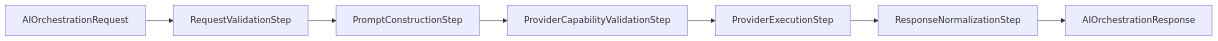
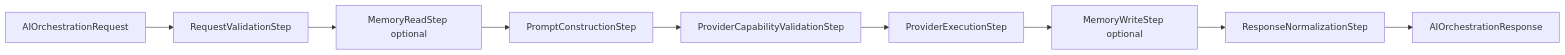
One commit to Iboula/TradeMind changed the diagram in docs/architecture/AI_ORCHESTRATION.md. Above: the diagram before and after it, drawn with Mermaid. The commit also changed other lines of this file and 34 other files, not shown here.

````diff
--- a/docs/architecture/AI_ORCHESTRATION.md
+++ b/docs/architecture/AI_ORCHESTRATION.md
@@ -39,9 +39,11 @@
 ```mermaid
 flowchart LR
     Request["AIOrchestrationRequest"] --> Validation["RequestValidationStep"]
-    Validation --> Prompt["PromptConstructionStep"]
+    Validation --> MemoryRead["MemoryReadStep optional"]
+    MemoryRead --> Prompt["PromptConstructionStep"]
     Prompt --> Capabilities["ProviderCapabilityValidationStep"]
     Capabilities --> Provider["ProviderExecutionStep"]
-    Provider --> Normalize["ResponseNormalizationStep"]
+    Provider --> MemoryWrite["MemoryWriteStep optional"]
+    MemoryWrite --> Normalize["ResponseNormalizationStep"]
     Normalize --> Response["AIOrchestrationResponse"]
 ```
````
